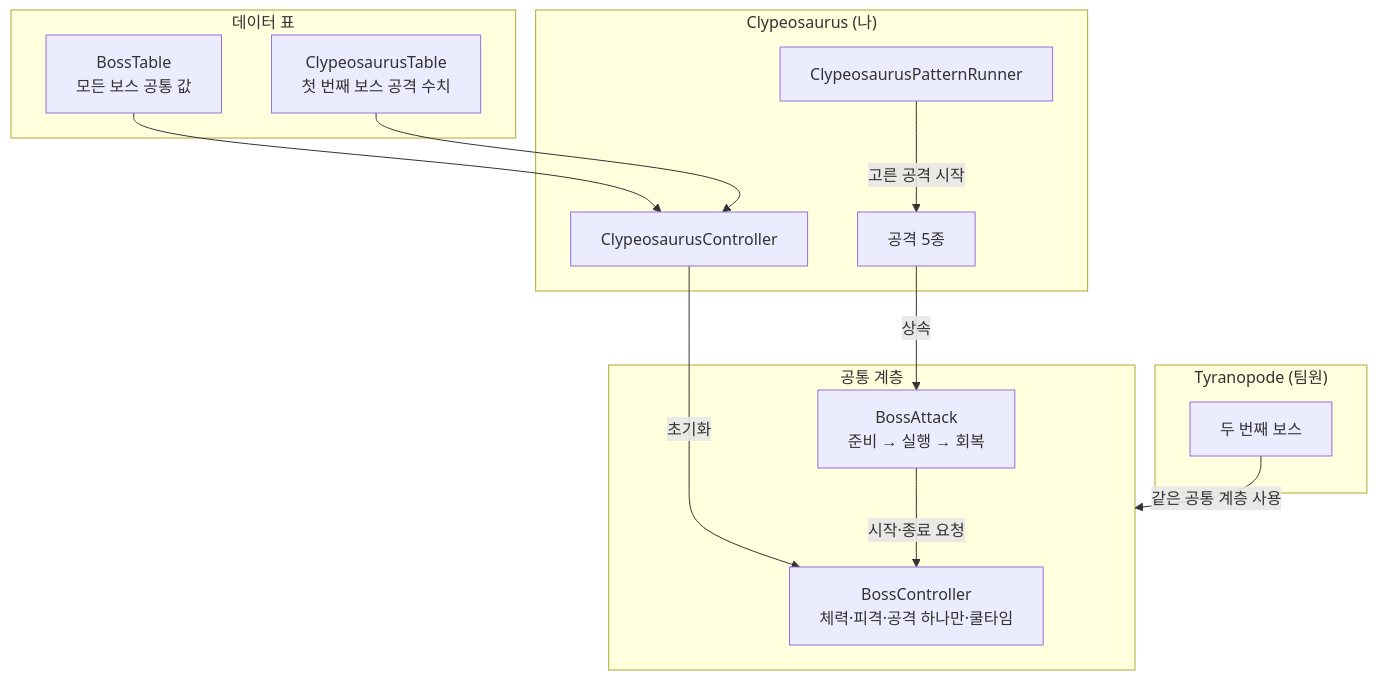
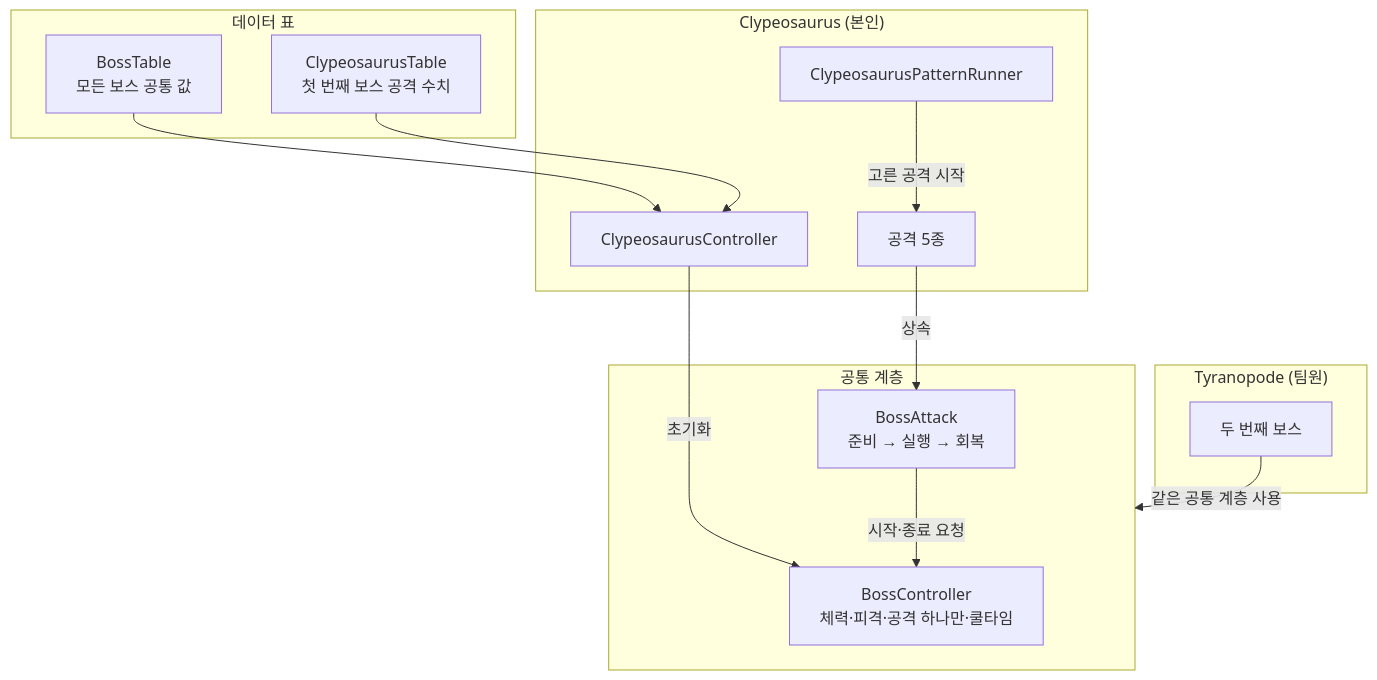
Before and after one commit to Lets-Gitit/portfolio: the third of 5 diagrams in src/1-hive-purge/기술문서.md, drawn with Mermaid. The commit also changed other lines of this file, not shown here.

````diff
--- a/src/1-hive-purge/기술문서.md
+++ b/src/1-hive-purge/기술문서.md
@@ -357,26 +357,26 @@
 ```mermaid
 flowchart TB
     subgraph Data["데이터 표"]
         BT["BossTable<br/>모든 보스 공통 값"]
         CT["ClypeosaurusTable<br/>첫 번째 보스 공격 수치"]
     end
     subgraph Common["공통 계층"]
         BC["BossController<br/>체력·피격·공격 하나만·쿨타임"]
         BA["BossAttack<br/>준비 → 실행 → 회복"]
     end
-    subgraph Clypeo["Clypeosaurus (나)"]
+    subgraph Clypeo["Clypeosaurus (본인)"]
         CC["ClypeosaurusController"]
         CP["ClypeosaurusPatternRunner"]
         AT["공격 5종"]
     end
     subgraph Tyrano["Tyranopode (팀원)"]
         TY["두 번째 보스"]
     end
     BT --> CC
     CT --> CC
     CC -->|"초기화"| BC
     CP -->|"고른 공격 시작"| AT
     AT -->|"상속"| BA
     BA -->|"시작·종료 요청"| BC
     TY -->|"같은 공통 계층 사용"| Common
 ```
````
